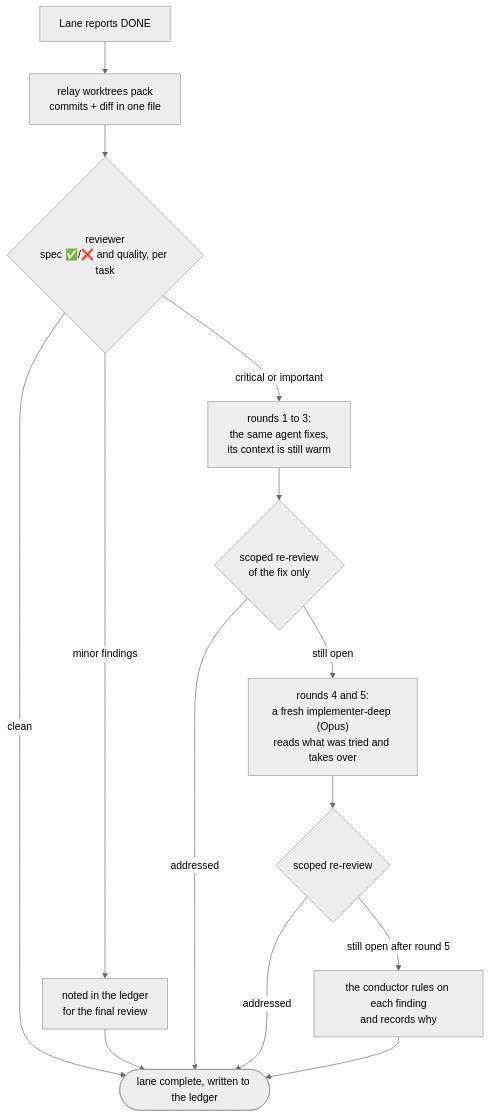
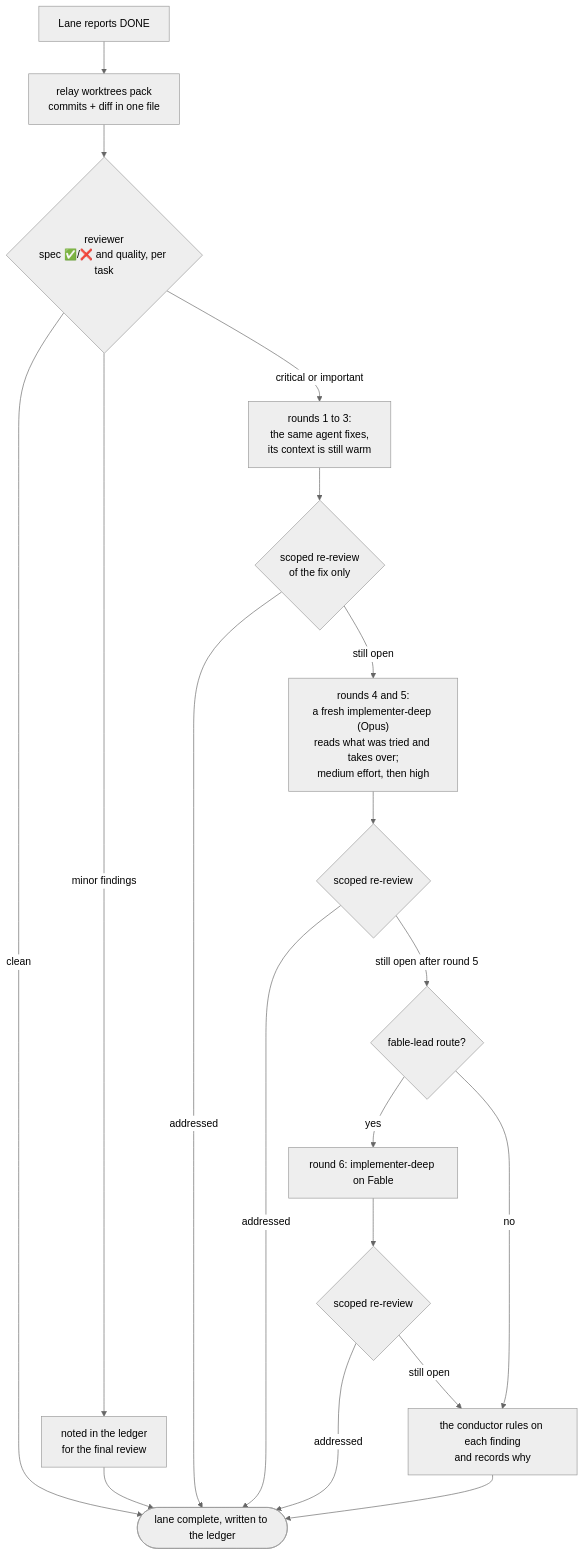
Before and after one commit to cube-digital/relay: the seventh of 15 diagrams in README.md, drawn with Mermaid (neutral theme). The commit also changed other lines of this file and 1 other file, not shown here.

````diff
--- a/README.md
+++ b/README.md
@@ -301,15 +316,19 @@
 ```mermaid
 flowchart TD
     done["Lane reports DONE"] --> pack["relay worktrees pack<br/>commits + diff in one file"]
     pack --> rev{"reviewer<br/>spec ✅/❌ and quality, per task"}
     rev -- clean --> ok(["lane complete, written to the ledger"])
     rev -- "minor findings" --> led["noted in the ledger<br/>for the final review"] --> ok
     rev -- "critical or important" --> f13["rounds 1 to 3:<br/>the same agent fixes,<br/>its context is still warm"]
     f13 --> rr1{"scoped re-review<br/>of the fix only"}
     rr1 -- addressed --> ok
-    rr1 -- "still open" --> f45["rounds 4 and 5:<br/>a fresh implementer-deep (Opus)<br/>reads what was tried and takes over"]
+    rr1 -- "still open" --> f45["rounds 4 and 5:<br/>a fresh implementer-deep (Opus)<br/>reads what was tried and takes over;<br/>medium effort, then high"]
     f45 --> rr2{"scoped re-review"}
     rr2 -- addressed --> ok
-    rr2 -- "still open after round 5" --> rule["the conductor rules on each finding<br/>and records why"]
+    rr2 -- "still open after round 5" --> r6{"fable-lead route?"}
+    r6 -- yes --> f6["round 6: implementer-deep on Fable"] --> rr3{"scoped re-review"}
+    rr3 -- addressed --> ok
+    rr3 -- "still open" --> rule
+    r6 -- no --> rule["the conductor rules on each finding<br/>and records why"]
     rule --> ok
 ```
````
